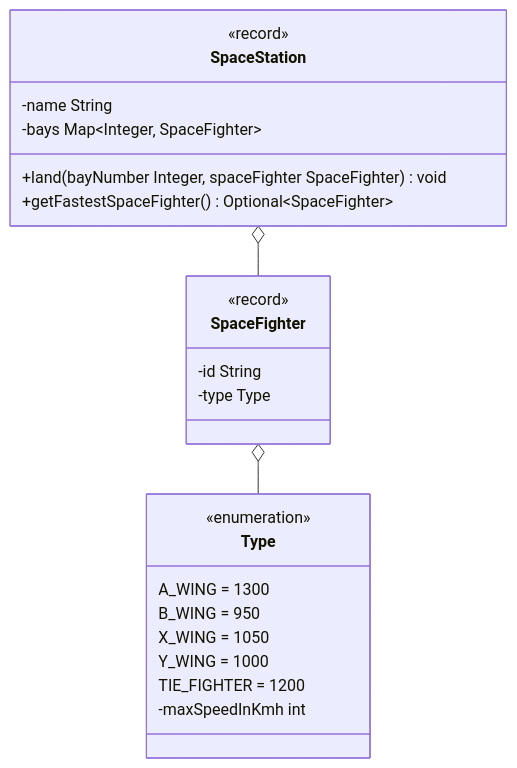
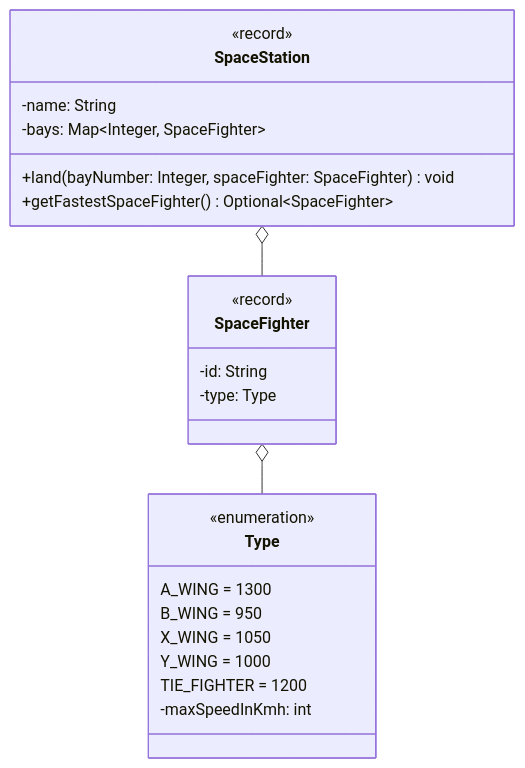
The diagram in docs/exam-exercises/exam-exercises-java2/space-station.md (jappuccini/java-docs), drawn with Mermaid before and after one commit. The commit also changed other lines of this file and 76 other files, not shown here.

Commit message:
uml fixes (colons, properties), headline fixes (italic) and exam result updates

````diff
--- a/docs/exam-exercises/exam-exercises-java2/space-station.md
+++ b/docs/exam-exercises/exam-exercises-java2/space-station.md
@@ -12,29 +12,29 @@
 ```mermaid
 classDiagram
     SpaceStation o-- SpaceFighter
     SpaceFighter o-- Type
 
     class SpaceStation {
         <<record>>
-        -name String
-        -bays Map~Integer&sbquo; SpaceFighter~
-        +land(bayNumber Integer, spaceFighter SpaceFighter) void
+        -name: String
+        -bays: Map~Integer, SpaceFighter~
+        +land(bayNumber: Integer, spaceFighter: SpaceFighter) void
         +getFastestSpaceFighter() Optional~SpaceFighter~
     }
 
     class SpaceFighter {
         <<record>>
-        -id String
-        -type Type
+        -id: String
+        -type: Type
     }
 
     class Type {
         <<enumeration>>
         A_WING = 1300
         B_WING = 950
         X_WING = 1050
         Y_WING = 1000
         TIE_FIGHTER = 1200
-        -maxSpeedInKmh int
+        -maxSpeedInKmh: int
     }
 ```
````
